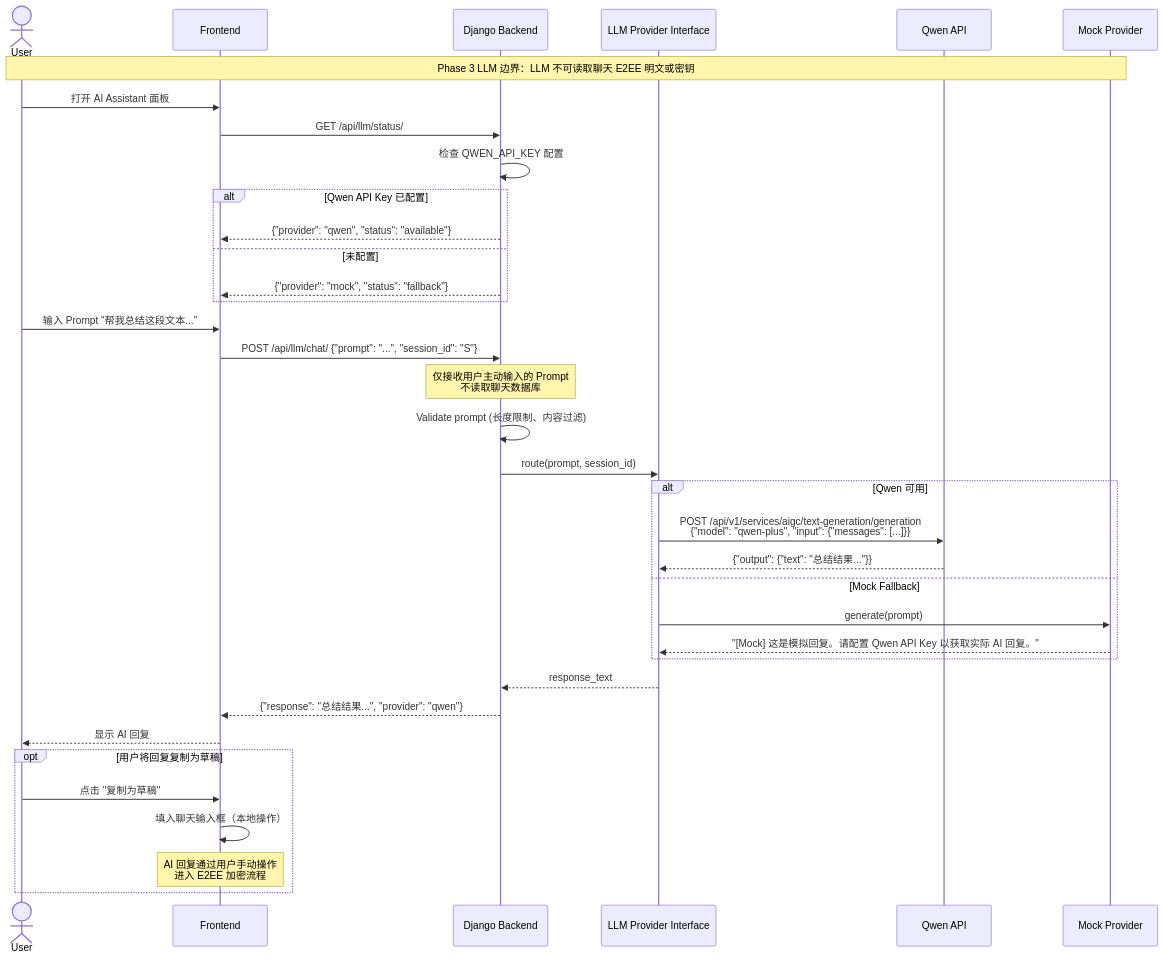
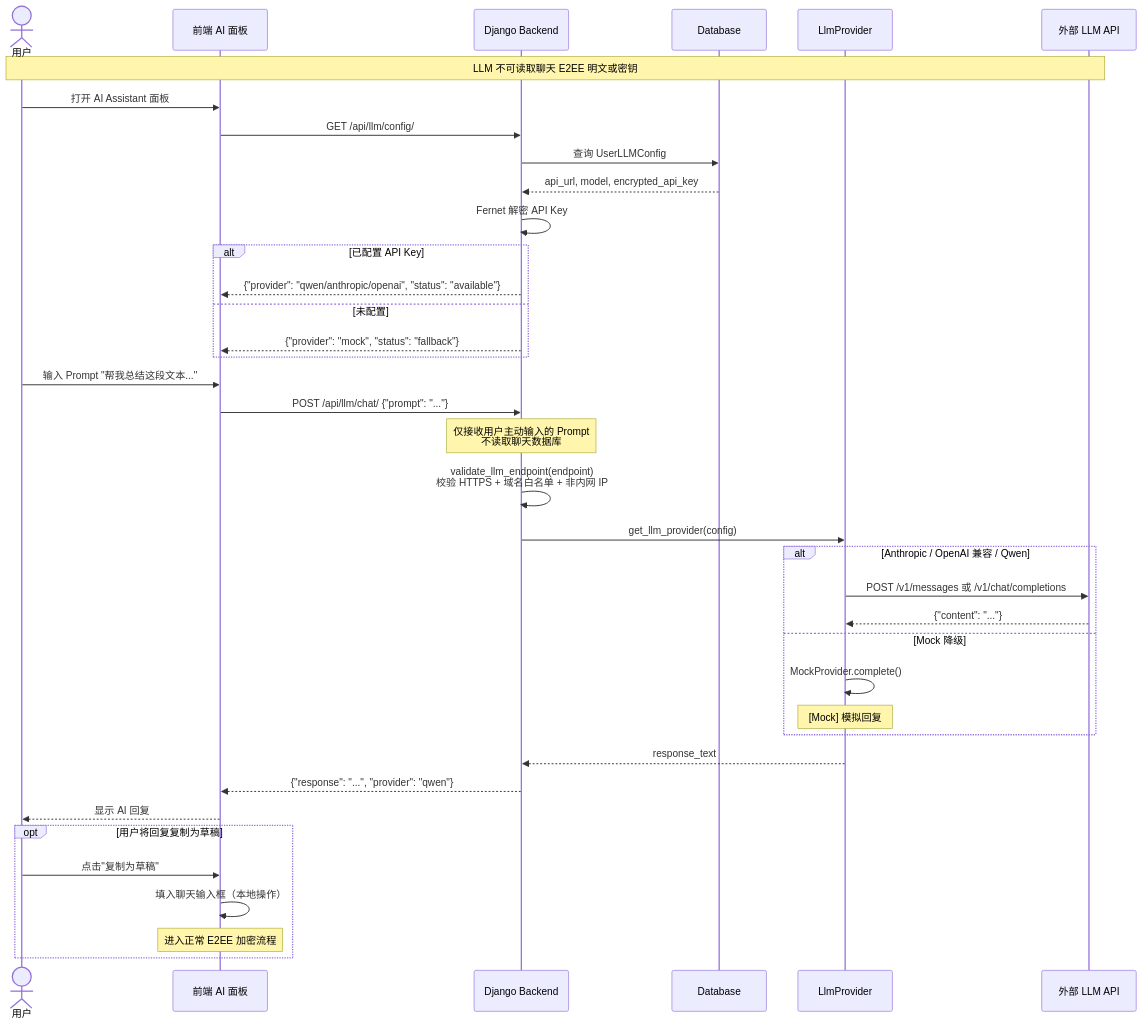
Before and after one commit to HeanX/iChat_Pro: the seventh of 9 diagrams in docs/iChat Pro UML 与架构图交付文档.md, drawn with Mermaid. The commit also changed other lines of this file, not shown here.

First line of the commit message:
docs: complete rewrite of UML & architecture diagrams for current main

````diff
--- a/docs/iChat Pro UML 与架构图交付文档.md
+++ b/docs/iChat Pro UML 与架构图交付文档.md
@@ -376,45 +559,47 @@
 ```mermaid
 sequenceDiagram
-    actor U as User
-    participant FE as Frontend
+    actor U as 用户
+    participant FE as 前端 AI 面板
     participant BE as Django Backend
-    participant LLM as LLM Provider Interface
-    participant QWEN as Qwen API
-    participant MOCK as Mock Provider
+    participant DB as Database
+    participant LLP as LlmProvider
+    participant EXT as 外部 LLM API
 
-    Note over U,MOCK: Phase 3 LLM 边界：LLM 不可读取聊天 E2EE 明文或密钥
+    Note over U,EXT: LLM 不可读取聊天 E2EE 明文或密钥
 
     U->>FE: 打开 AI Assistant 面板
-    FE->>BE: GET /api/llm/status/
-    BE->>BE: 检查 QWEN_API_KEY 配置
-    alt Qwen API Key 已配置
-        BE-->>FE: {"provider": "qwen", "status": "available"}
+    FE->>BE: GET /api/llm/config/
+    BE->>DB: 查询 UserLLMConfig
+    DB-->>BE: api_url, model, encrypted_api_key
+    BE->>BE: Fernet 解密 API Key
+    alt 已配置 API Key
+        BE-->>FE: {"provider": "qwen/anthropic/openai", "status": "available"}
     else 未配置
         BE-->>FE: {"provider": "mock", "status": "fallback"}
     end
 
     U->>FE: 输入 Prompt "帮我总结这段文本..."
-    FE->>BE: POST /api/llm/chat/ {"prompt": "...", "session_id": "S"}
+    FE->>BE: POST /api/llm/chat/ {"prompt": "..."}
     Note over BE: 仅接收用户主动输入的 Prompt<br/>不读取聊天数据库
 
-    BE->>BE: Validate prompt (长度限制、内容过滤)
-    BE->>LLM: route(prompt, session_id)
+    BE->>BE: validate_llm_endpoint(endpoint)<br/>校验 HTTPS + 域名白名单 + 非内网 IP
+    BE->>LLP: get_llm_provider(config)
 
-    alt Qwen 可用
-        LLM->>QWEN: POST /api/v1/services/aigc/text-generation/generation<br/>{"model": "qwen-plus", "input": {"messages": [...]}}
-        QWEN-->>LLM: {"output": {"text": "总结结果..."}}
-    else Mock Fallback
-        LLM->>MOCK: generate(prompt)
-        MOCK-->>LLM: "[Mock] 这是模拟回复。请配置 Qwen API Key 以获取实际 AI 回复。"
+    alt Anthropic / OpenAI 兼容 / Qwen
+        LLP->>EXT: POST /v1/messages 或 /v1/chat/completions
+        EXT-->>LLP: {"content": "..."}
+    else Mock 降级
+        LLP->>LLP: MockProvider.complete()
+        Note over LLP: [Mock] 模拟回复
     end
 
-    LLM-->>BE: response_text
-    BE-->>FE: {"response": "总结结果...", "provider": "qwen"}
+    LLP-->>BE: response_text
+    BE-->>FE: {"response": "...", "provider": "qwen"}
     FE-->>U: 显示 AI 回复
 
     opt 用户将回复复制为草稿
-        U->>FE: 点击 "复制为草稿"
+        U->>FE: 点击"复制为草稿"
         FE->>FE: 填入聊天输入框（本地操作）
-        Note over FE: AI 回复通过用户手动操作<br/>进入 E2EE 加密流程
+        Note over FE: 进入正常 E2EE 加密流程
     end
 ```
````
